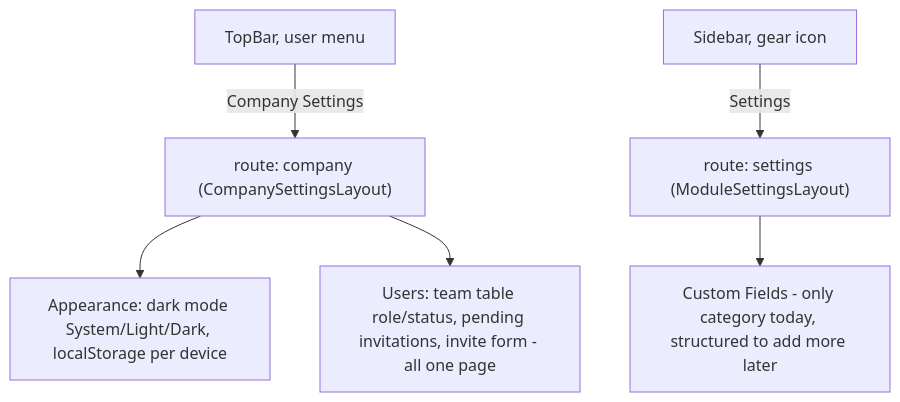
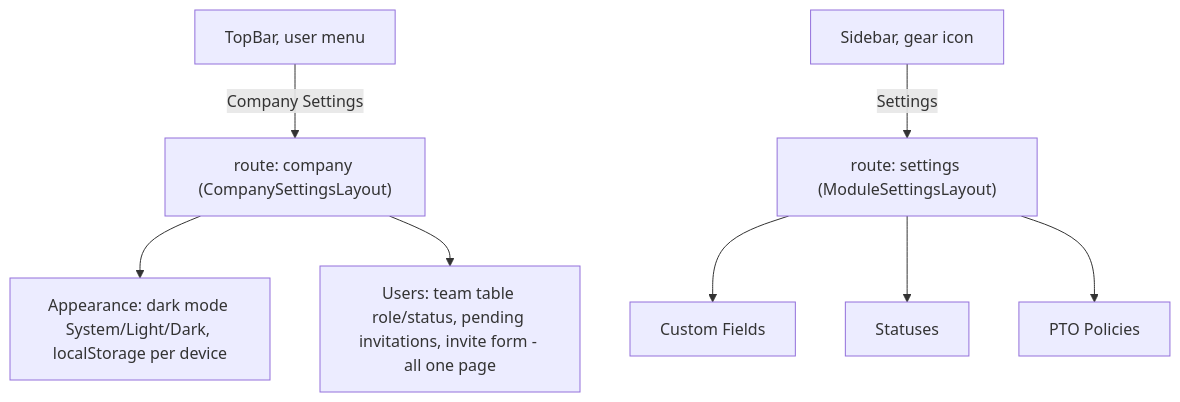
The sixth of 10 diagrams in docs/current-process-flow.md (ABravo2025/northstack), drawn with Mermaid before and after one commit. The commit also changed other lines of this file and 3 other files, not shown here.

First line of the commit message:
Sync docs with the PTO system, landing branch split, and add a DB schema doc

````diff
--- a/docs/current-process-flow.md
+++ b/docs/current-process-flow.md
@@ -115,9 +135,11 @@
 ```mermaid
 flowchart TD
   A[TopBar, user menu] -->|"Company Settings"| B["route: company (CompanySettingsLayout)"]
   B --> C[Appearance: dark mode System/Light/Dark, localStorage per device]
   B --> D[Users: team table role/status, pending invitations, invite form - all one page]
 
   E[Sidebar, gear icon] -->|"Settings"| F["route: settings (ModuleSettingsLayout)"]
-  F --> G[Custom Fields - only category today, structured to add more later]
+  F --> G[Custom Fields]
+  F --> H[Statuses]
+  F --> I[PTO Policies]
 ```
````
